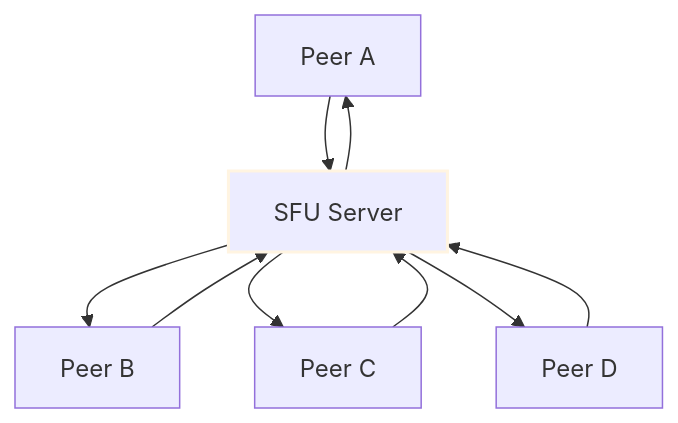
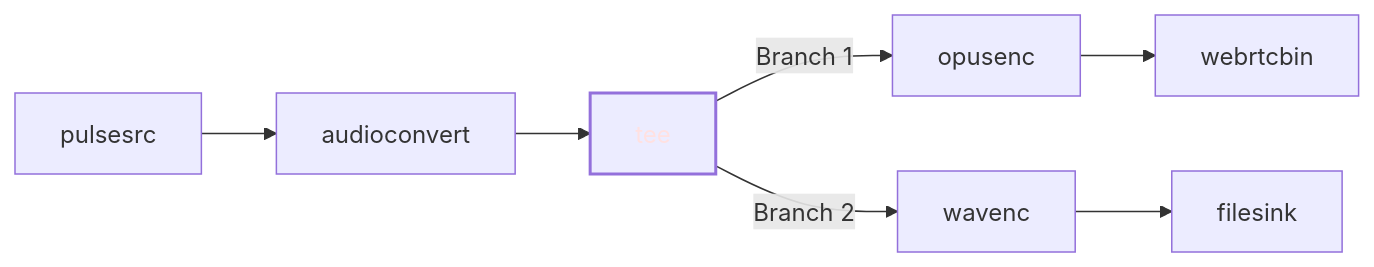
The seventh of 7 diagrams in 검토/251106_Yocto_WebRTC.md (c0z0c/blog), drawn with Mermaid before and after one commit. The commit also changed other lines of this file and 4 other files, not shown here.

````diff
--- a/검토/251106_Yocto_WebRTC.md
+++ b/검토/251106_Yocto_WebRTC.md
@@ -1957,14 +1259,11 @@
 ```mermaid
-graph TB
-    A["Peer A"] --> S["SFU Server"]
-    B["Peer B"] --> S
-    C["Peer C"] --> S
-    D["Peer D"] --> S
+graph LR
+    A["pulsesrc"] --> B["audioconvert"]
+    B --> C["tee"]
+    C -->|"Branch 1"| D["opusenc"]
+    D --> E["webrtcbin"]
+    C -->|"Branch 2"| F["wavenc"]
+    F --> G["filesink"]
     
-    S --> A
-    S --> B
-    S --> C
-    S --> D
-    
-    style S stroke-width:2px,stroke:#fff4e1
+    style C stroke-width:2px,color:#ffe1e1
 ```
````
